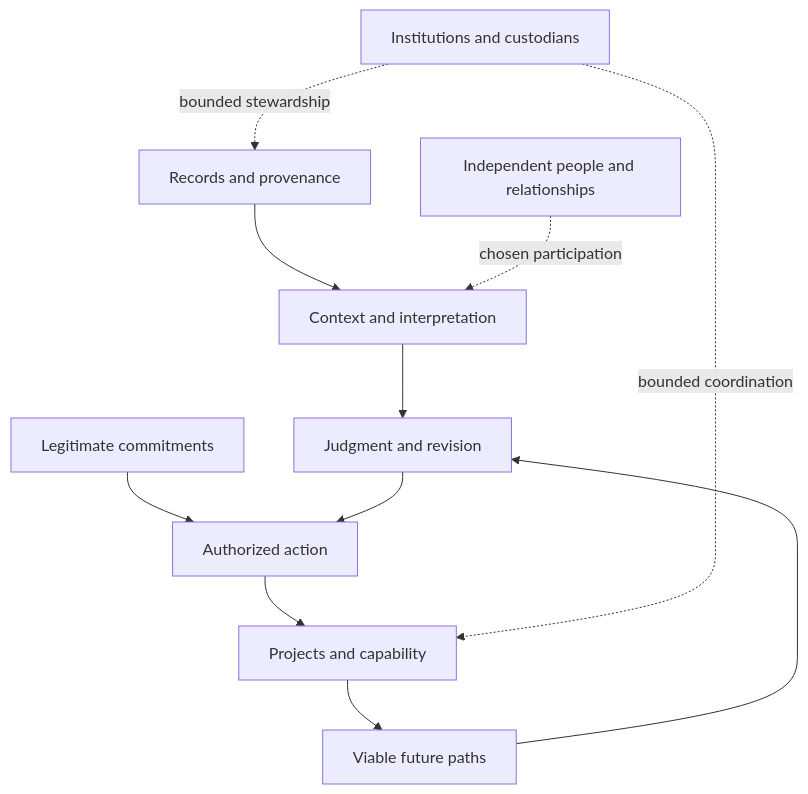
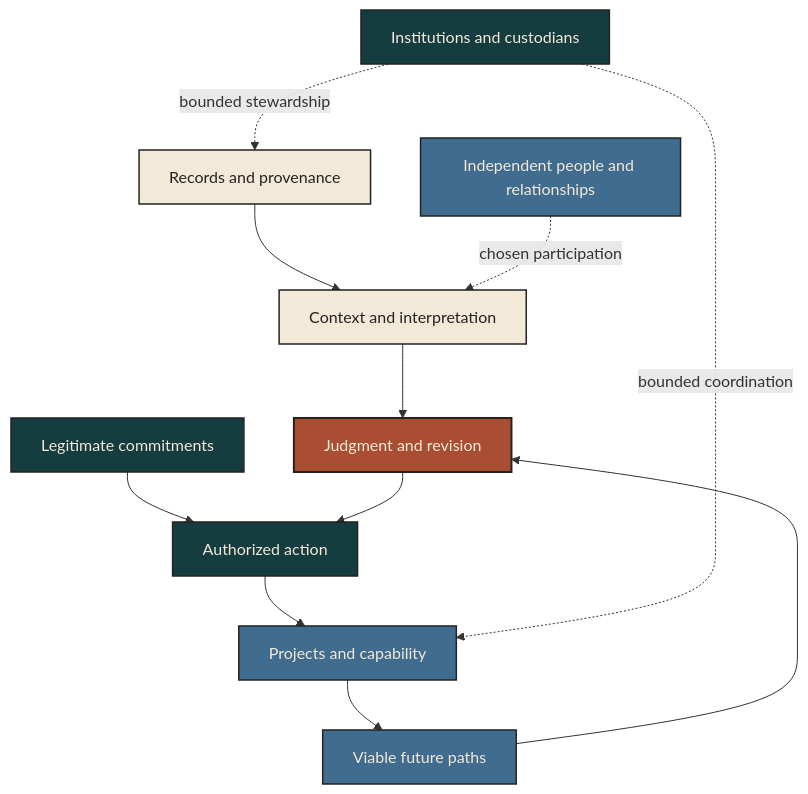
One commit to andydrewie/make-death-an-option changed the diagram in ATLAS.md. Above: the diagram before and after it, drawn with Mermaid. The commit also changed 7 other files, not shown here.

````diff
--- a/ATLAS.md
+++ b/ATLAS.md
@@ -89,13 +89,21 @@
 ```mermaid
 flowchart TD
     R[Records and provenance] --> C[Context and interpretation]
     C --> J[Judgment and revision]
     M[Legitimate commitments] --> A[Authorized action]
     J --> A
     A --> P[Projects and capability]
     P --> F[Viable future paths]
     H[Independent people and relationships] -. chosen participation .-> C
     I[Institutions and custodians] -. bounded stewardship .-> R
     I -. bounded coordination .-> P
     F --> J
+    classDef record fill:#F2E9D8,stroke:#25231F,color:#25231F,stroke-width:1.5px;
+    classDef judgment fill:#A94E32,stroke:#25231F,color:#F2E9D8,stroke-width:2px;
+    classDef authority fill:#153D40,stroke:#25231F,color:#F2E9D8,stroke-width:1.5px;
+    classDef future fill:#406C90,stroke:#25231F,color:#F2E9D8,stroke-width:1.5px;
+    class R,C record;
+    class J judgment;
+    class M,A,I authority;
+    class P,F,H future;
 ```
````
